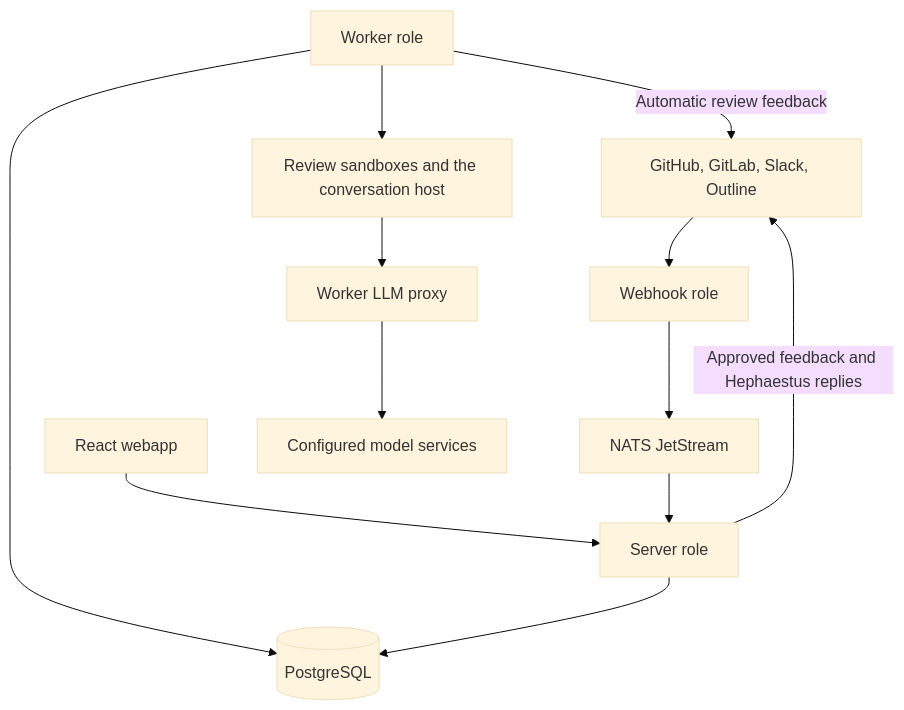
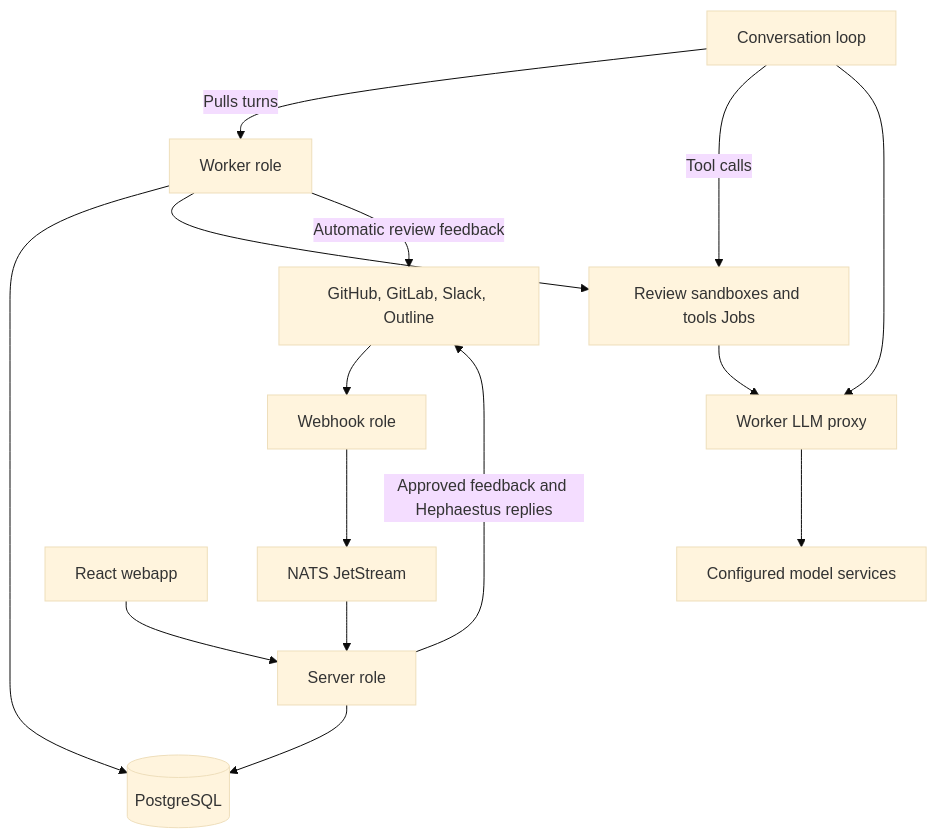
Before and after one commit to hephaestus-build/Hephaestus: the first of 3 diagrams in docs/contributor/system-design.mdx, drawn with Mermaid (base theme). The commit also changed other lines of this file and 213 other files, not shown here.

Commit message:
feat(server): run conversation turns in a conversation loop Deployment

````diff
--- a/docs/contributor/system-design.mdx
+++ b/docs/contributor/system-design.mdx
@@ -10,16 +10,19 @@
 ```mermaid
 flowchart TB
     accTitle: Hephaestus runtime topology
-    accDescr: The webapp calls the server. The webhook role verifies provider events and publishes them to NATS. The server consumes events and writes jobs and conversation turns to PostgreSQL. Workers claim them from PostgreSQL and run reviews in sandboxes and conversation turns in one conversation host each.
+    accDescr: The webapp calls the server. The webhook role verifies provider events and publishes them to NATS. The server consumes events and writes jobs and conversation turns to PostgreSQL. Workers claim reviews from PostgreSQL and run them in sandboxes. The conversation loop pulls conversation turns from the workers and runs them.
     Providers[GitHub, GitLab, Slack, Outline] --> Webhook[Webhook role]
     Webhook --> NATS[NATS JetStream]
     NATS --> Server[Server role]
     SPA[React webapp] --> Server
     Server --> DB[(PostgreSQL)]
     Worker[Worker role] --> DB
-    Worker --> Sandbox[Review sandboxes and the conversation host]
+    Worker --> Sandbox[Review sandboxes and tools Jobs]
+    Loop[Conversation loop] -->|Pulls turns| Worker
+    Loop -->|Tool calls| Sandbox
     Sandbox --> Proxy[Worker LLM proxy]
+    Loop --> Proxy
     Proxy --> Models[Configured model services]
     Worker -->|Automatic review feedback| Providers
     Server -->|Approved feedback and Hephaestus replies| Providers
 ```
````
